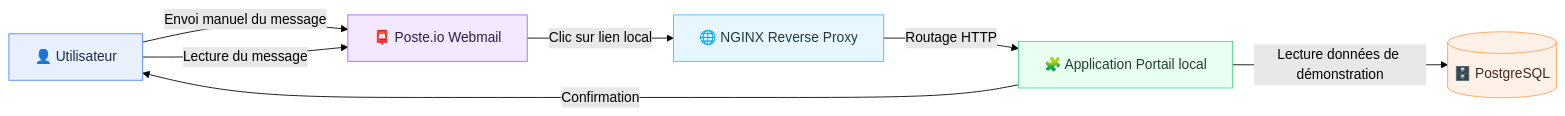
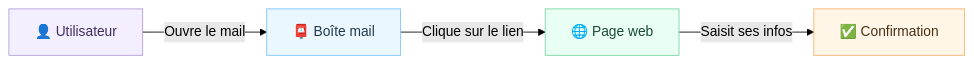
One commit to Alidrix/L_ATELIER changed the first of 2 diagrams in README.md. Above: the diagram before and after it, drawn with Mermaid (forest theme). The commit also changed other lines of this file and 6 other files, not shown here.

Commit message:
Refactor README structure and diagrams

````diff
--- a/README.md
+++ b/README.md
@@ -27,21 +22,16 @@
 ```mermaid
 flowchart LR
-  classDef user fill:#E8F0FE,stroke:#4F83FF,color:#1F2A44;
-  classDef mail fill:#F3E8FF,stroke:#9B6BFF,color:#2A1F44;
-  classDef web fill:#E8F7FF,stroke:#3FB8FF,color:#1F3A44;
-  classDef app fill:#E8FFF1,stroke:#4FD88B,color:#1F442A;
-  classDef db fill:#FFF1E8,stroke:#FF9F4F,color:#442A1F;
+  classDef user fill:#F4EFFF,stroke:#B39DDB,color:#3E2F5B;
+  classDef mail fill:#EAF7FF,stroke:#7EC3FF,color:#1F3A4D;
+  classDef web fill:#E9FFF4,stroke:#78D5A5,color:#1C4A34;
+  classDef app fill:#FFF6E8,stroke:#F6B26B,color:#4A2F12;
 
   U[👤 Utilisateur]:::user
-  M[📮 Poste.io Webmail]:::mail
-  N[🌐 NGINX Reverse Proxy]:::web
-  A[🧩 Application Portail local]:::app
-  D[(🗄️ PostgreSQL)]:::db
+  M[📮 Boîte mail]:::mail
+  W[🌐 Page web]:::web
+  A[✅ Confirmation]:::app
 
-  U -->|Envoi manuel du message| M
-  U -->|Lecture du message| M
-  M -->|Clic sur lien local| N
-  N -->|Routage HTTP| A
-  A -->|Lecture données de démonstration| D
-  A -->|Confirmation| U
+  U -->|Ouvre le mail| M
+  M -->|Clique sur le lien| W
+  W -->|Saisit ses infos| A
 ```
````
